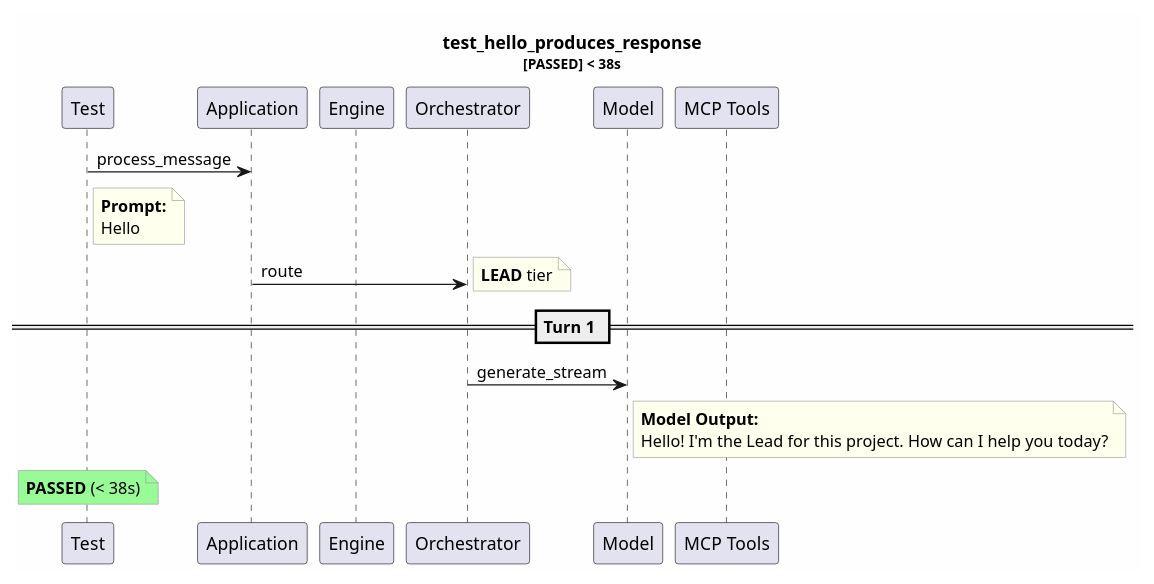
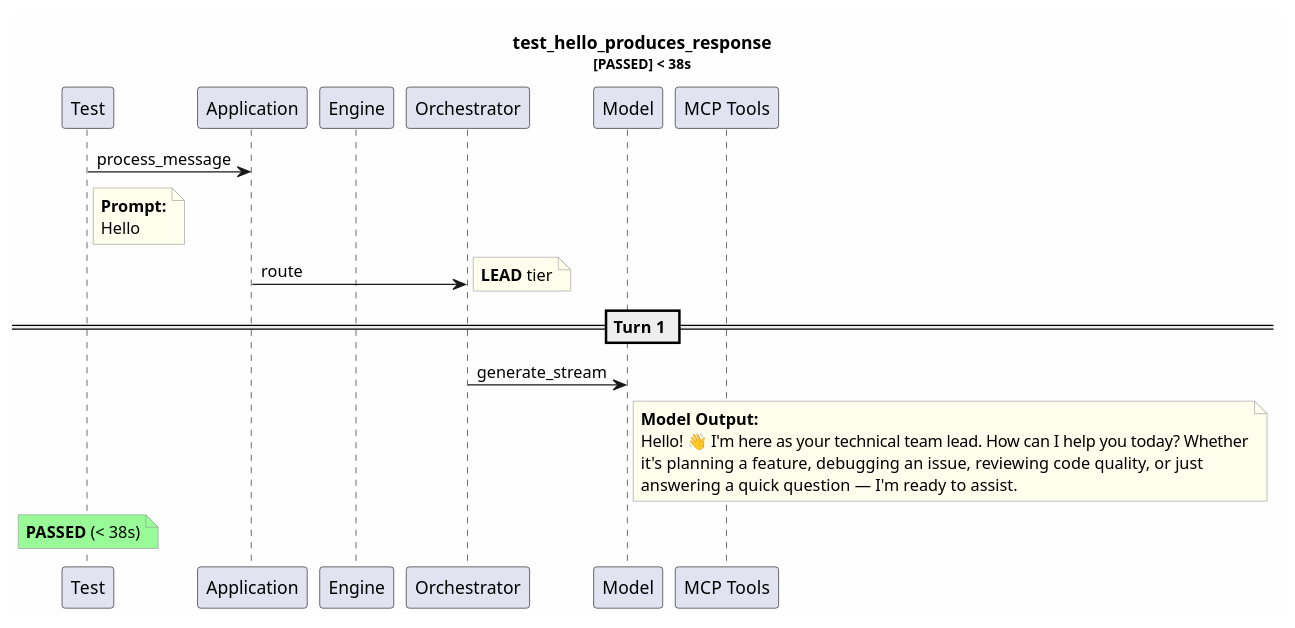
One commit to tvanfossen/entropic changed the diagram in test-reports/logs/test_hello_produces_response/test_hello_produces_response.puml. Above: the diagram before and after it, drawn with PlantUML. The commit also changed 12 other files, not shown here.

```diff
--- a/test-reports/logs/test_hello_produces_response/test_hello_produces_response.puml
+++ b/test-reports/logs/test_hello_produces_response/test_hello_produces_response.puml
@@ -1,31 +1,33 @@
 @startuml
 skinparam backgroundColor #FEFEFE
 skinparam noteBorderColor #999999
 skinparam noteBackgroundColor #FFFFEE
 title test_hello_produces_response\n<size:11>[PASSED] < 38s</size>
 
 participant "Test" as T
 participant "Application" as App
 participant "Engine" as Eng
 participant "Orchestrator" as Orch
 participant "Model" as Mdl
 participant "MCP Tools" as MCP
 
 T -> App: process_message
 note right of T
   **Prompt:**
   Hello
 end note
 App -> Orch: route
 note right: **LEAD** tier
 == Turn 1 ==
 Orch -> Mdl: generate_stream
 note right of Mdl
   **Model Output:**
-  Hello! I'm the Lead for this project. How can I help you today?
+  Hello! 👋 I'm here as your technical team lead. How can I help you today? Whether
+  it's planning a feature, debugging an issue, reviewing code quality, or just 
+  answering a quick question — I'm ready to assist.
 end note
 note over T #palegreen
   **PASSED** (< 38s)
 end note
 
 @enduml
```
